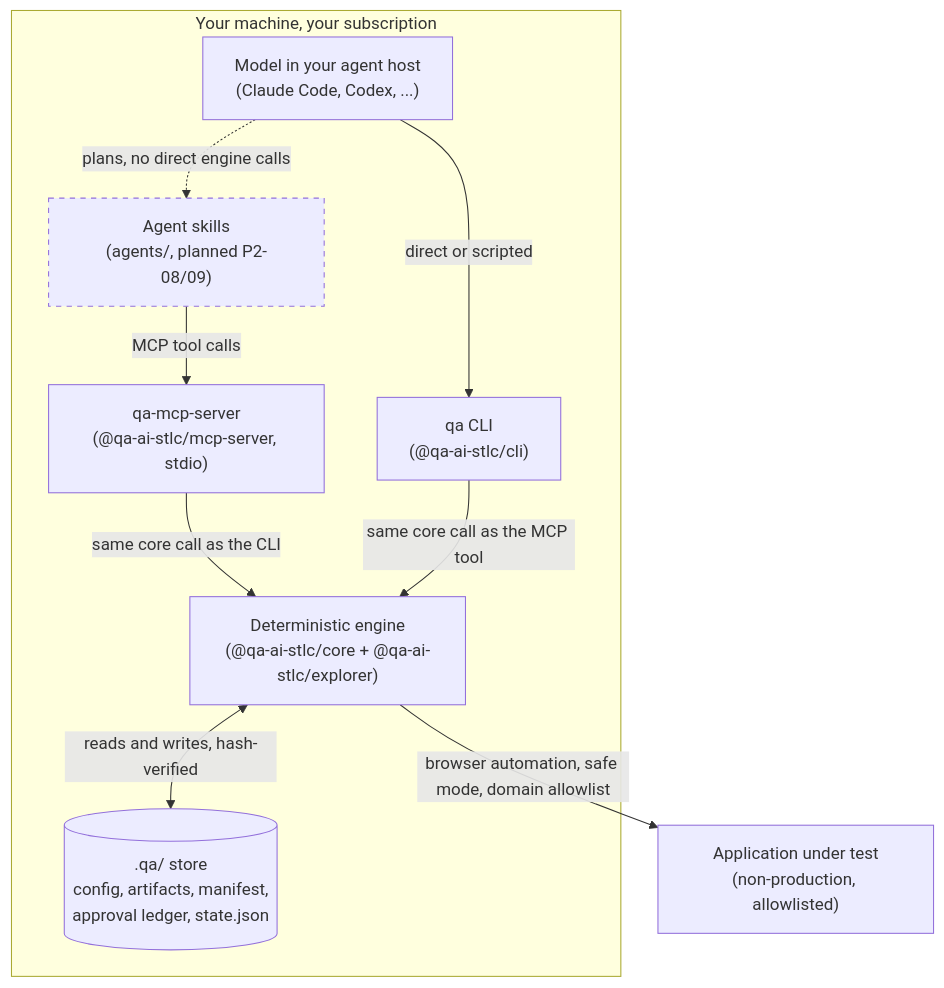
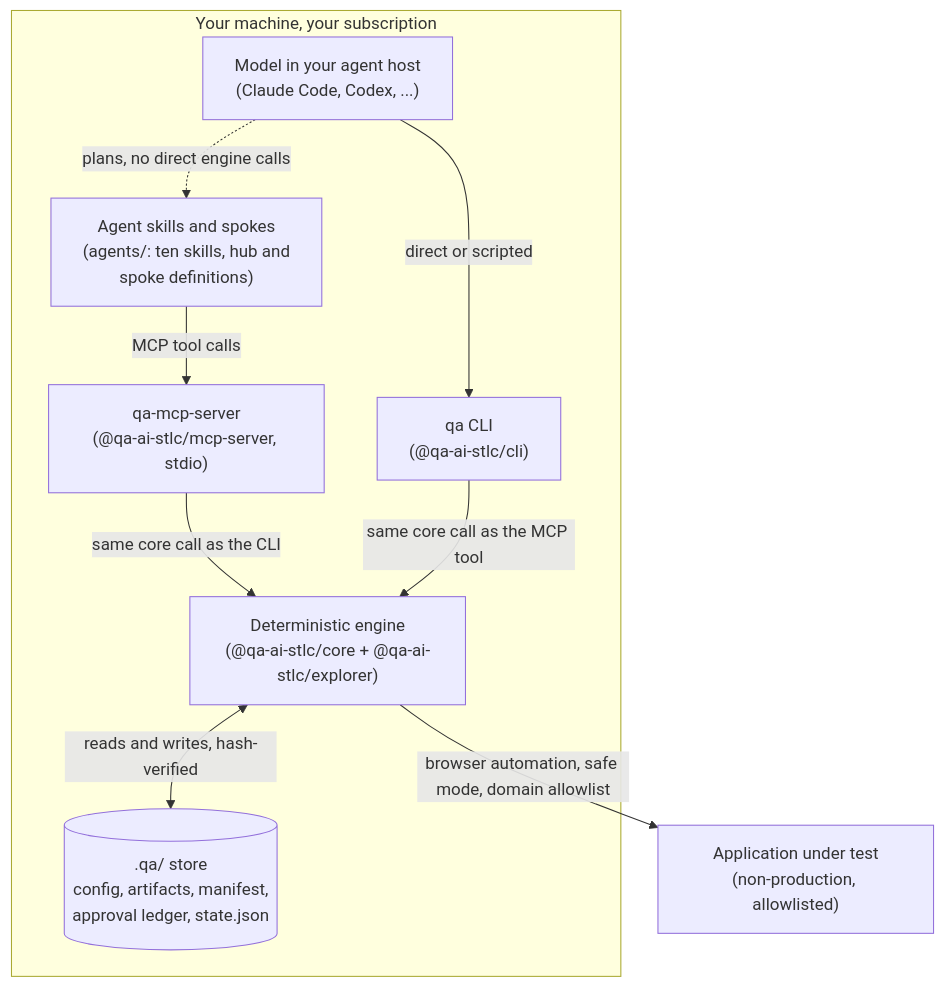
One commit to Klim-101/QA-AI-STLC changed the first of 4 diagrams in docs/public/architecture-diagram.md. Above: the diagram before and after it, drawn with Mermaid. The commit also changed other lines of this file and 3 other files, not shown here.

````diff
--- a/docs/public/architecture-diagram.md
+++ b/docs/public/architecture-diagram.md
@@ -15,22 +15,21 @@
 ```mermaid
 flowchart TB
     subgraph Host["Your machine, your subscription"]
         Model["Model in your agent host<br/>(Claude Code, Codex, ...)"]
-        Skills["Agent skills<br/>(agents/, planned P2-08/09)"]
+        Skills["Agent skills and spokes<br/>(agents/: ten skills, hub and<br/>spoke definitions)"]
         CLI["qa CLI<br/>(@qa-ai-stlc/cli)"]
         MCP["qa-mcp-server<br/>(@qa-ai-stlc/mcp-server, stdio)"]
         Engine["Deterministic engine<br/>(@qa-ai-stlc/core + @qa-ai-stlc/explorer)"]
         Store[(".qa/ store<br/>config, artifacts, manifest,<br/>approval ledger, state.json")]
     end
     App["Application under test<br/>(non-production, allowlisted)"]
 
     Model -. "plans, no direct engine calls" .-> Skills
     Skills -->|"MCP tool calls"| MCP
     Model -->|"direct or scripted"| CLI
     MCP -->|"same core call as the CLI"| Engine
     CLI -->|"same core call as the MCP tool"| Engine
     Engine <-->|"reads and writes, hash-verified"| Store
     Engine -->|"browser automation, safe mode, domain allowlist"| App
 
-    style Skills stroke-dasharray: 5 5
 ```
````
